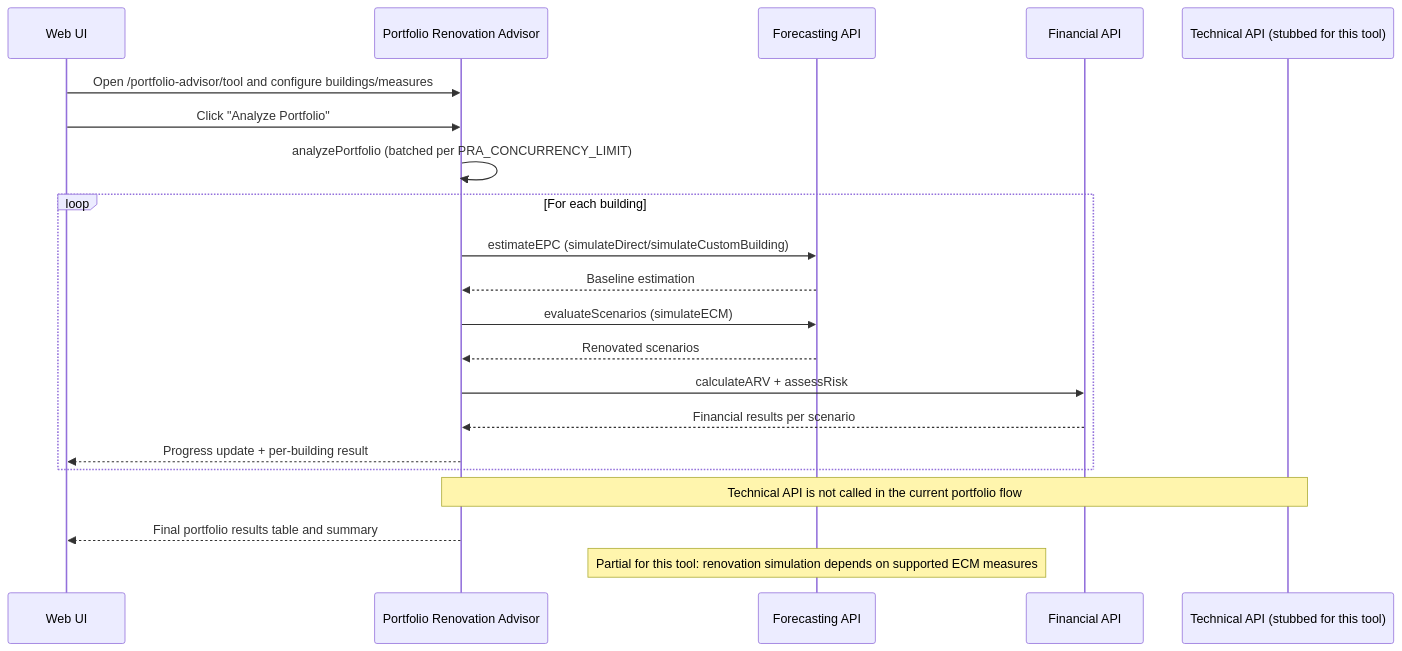
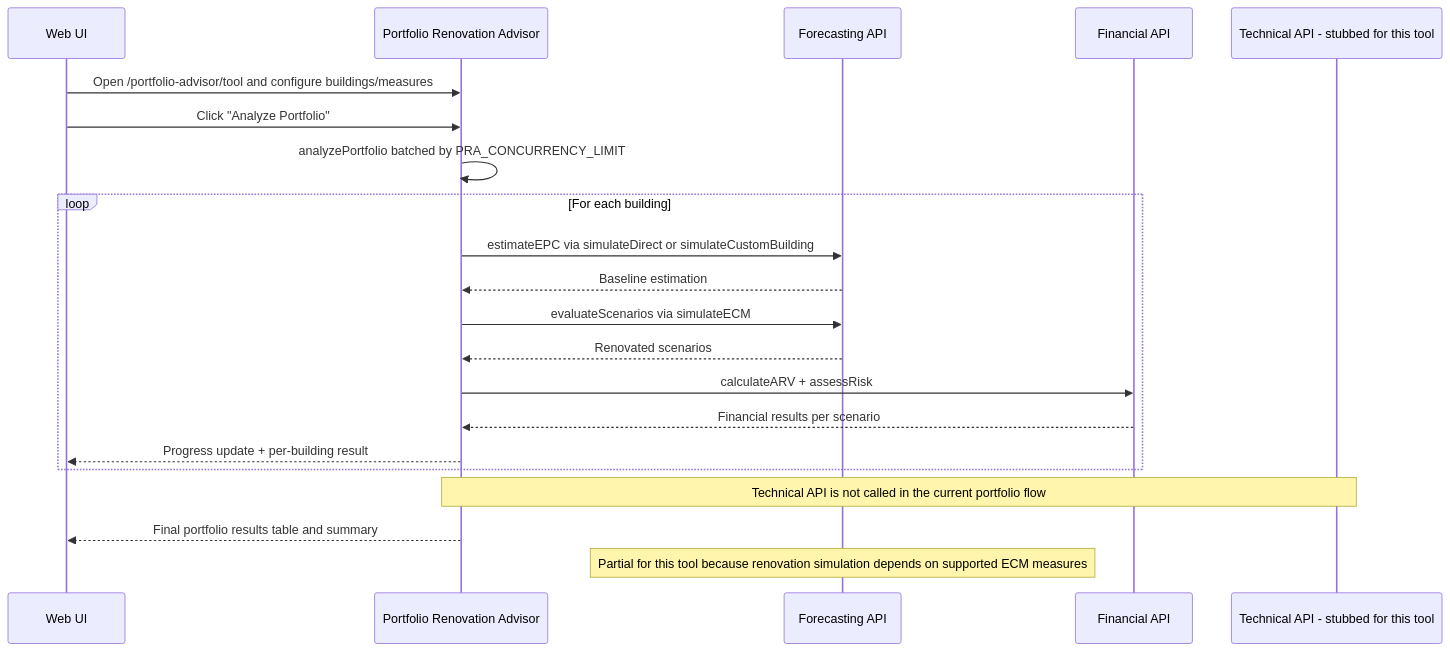
The second of 3 diagrams in README.md (ReLIFE-Project-EU/relife-web-ui), drawn with Mermaid before and after one commit. The commit also changed other lines of this file, not shown here.

Commit message:
🩹 Fix sequence diagrams

````diff
--- a/README.md
+++ b/README.md
@@ -60,27 +60,27 @@
 ```mermaid
 sequenceDiagram
     participant UI as Web UI
     participant PRA as Portfolio Renovation Advisor
     participant FCAST as Forecasting API
     participant FIN as Financial API
-    participant TECH as Technical API (stubbed for this tool)
+    participant TECH as Technical API - stubbed for this tool
 
     UI->>PRA: Open /portfolio-advisor/tool and configure buildings/measures
     UI->>PRA: Click "Analyze Portfolio"
-    PRA->>PRA: analyzePortfolio (batched per PRA_CONCURRENCY_LIMIT)
+    PRA->>PRA: analyzePortfolio batched by PRA_CONCURRENCY_LIMIT
 
     loop For each building
-      PRA->>FCAST: estimateEPC (simulateDirect/simulateCustomBuilding)
+      PRA->>FCAST: estimateEPC via simulateDirect or simulateCustomBuilding
       FCAST-->>PRA: Baseline estimation
-      PRA->>FCAST: evaluateScenarios (simulateECM)
+      PRA->>FCAST: evaluateScenarios via simulateECM
       FCAST-->>PRA: Renovated scenarios
       PRA->>FIN: calculateARV + assessRisk
       FIN-->>PRA: Financial results per scenario
       PRA-->>UI: Progress update + per-building result
     end
 
     Note over PRA,TECH: Technical API is not called in the current portfolio flow
     PRA-->>UI: Final portfolio results table and summary
 
-    Note over FCAST: Partial for this tool: renovation simulation depends on supported ECM measures
+    Note over FCAST: Partial for this tool because renovation simulation depends on supported ECM measures
 ```
````
